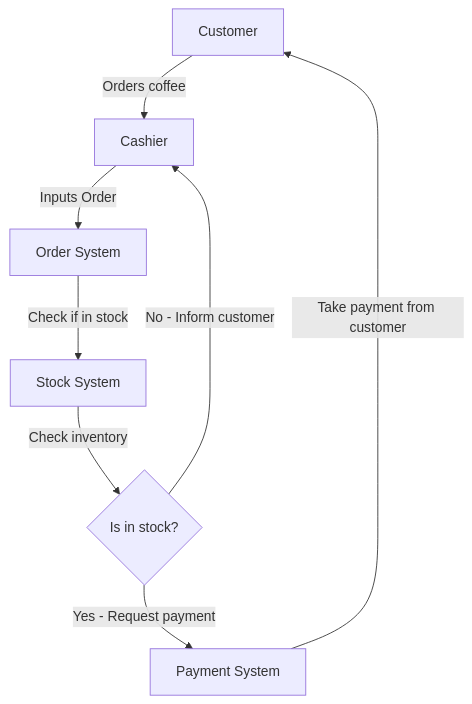
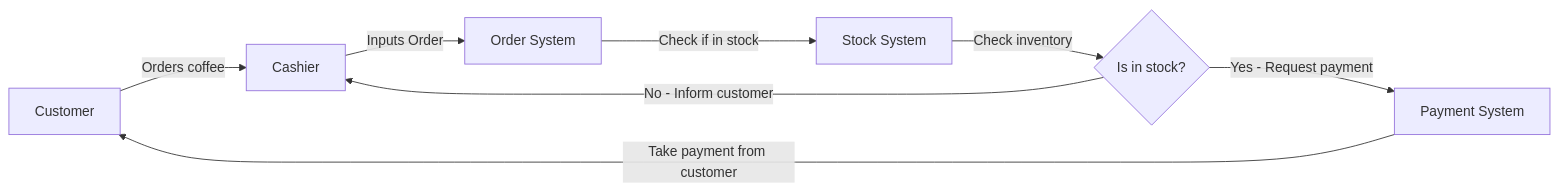
Before and after one commit to LeanneCodes/mermaid-examples: the third of 4 diagrams in README.md, drawn with Mermaid. The commit also changed other lines of this file, not shown here.

Commit message:
change flowchart direction

````diff
--- a/README.md
+++ b/README.md
@@ -26,10 +26,10 @@
 ```mermaid
-    flowchart TD
+    flowchart LR
     A[Customer] -->|Orders coffee| B[Cashier]
     B --> |Inputs Order| C[Order System]
     C -->|Check if in stock| D[Stock System]
     D --> |Check inventory| E{Is in stock?}
     E --> |Yes - Request payment| F[Payment System]
     E --> |No - Inform customer| B[Cashier]
     F --> |Take payment from customer| A[Customer]
 ```
````
